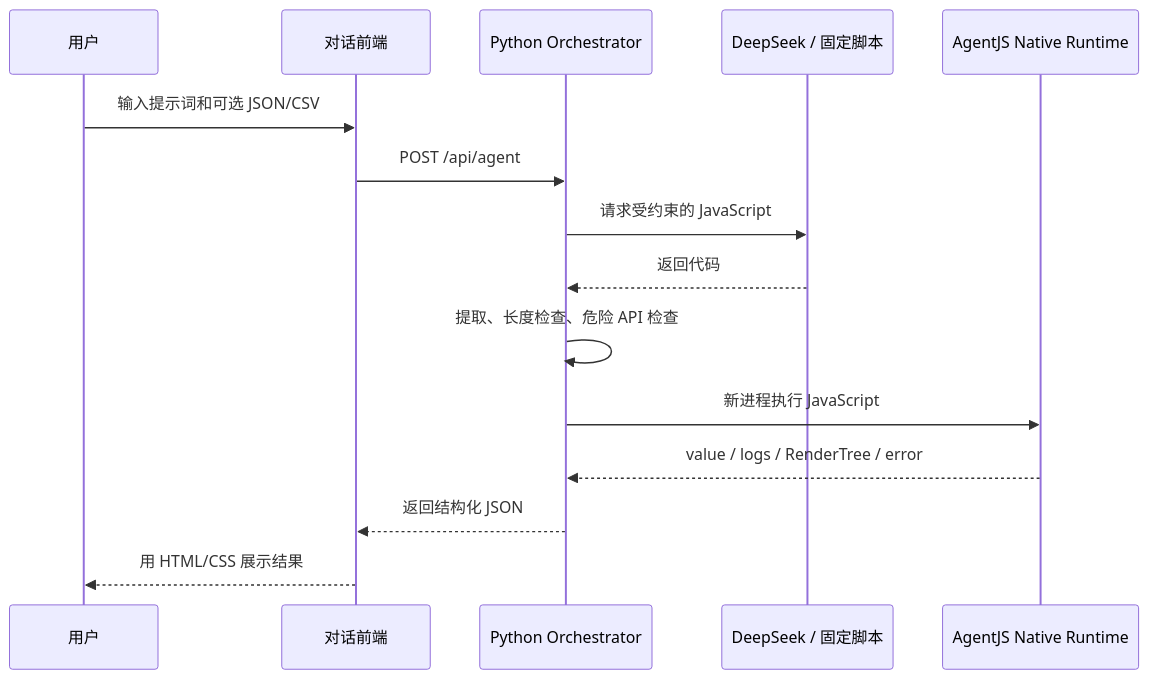
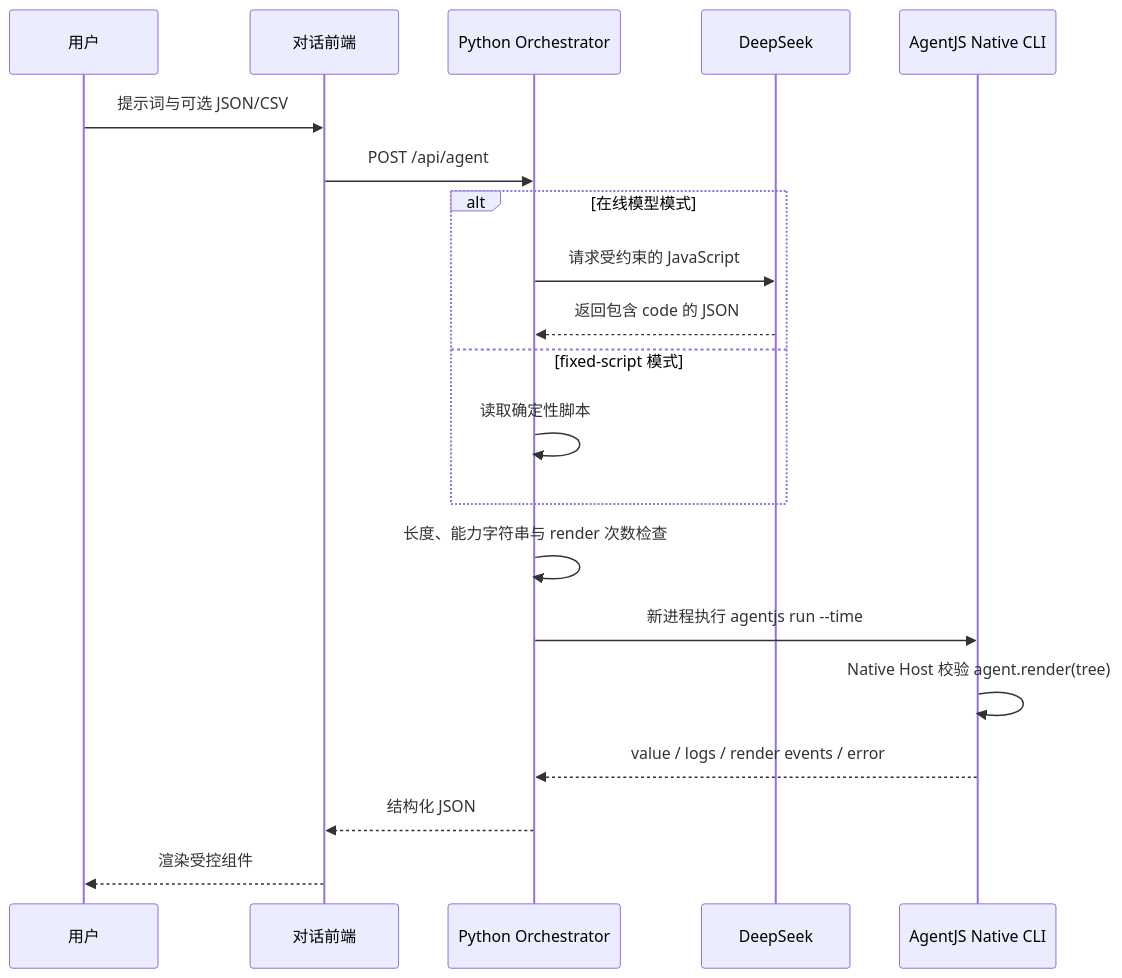
The ninth of 9 diagrams in docs/agentjs-experiment-report.md (ChaiXinran/CSCC-proj2), drawn with Mermaid before and after one commit. The commit also changed other lines of this file and 8 other files, not shown here.

````diff
--- a/docs/agentjs-experiment-report.md
+++ b/docs/agentjs-experiment-report.md
@@ -242,18 +538,23 @@
 ```mermaid
 sequenceDiagram
     participant U as 用户
     participant F as 对话前端
     participant O as Python Orchestrator
-    participant M as DeepSeek / 固定脚本
-    participant J as AgentJS Native Runtime
+    participant M as DeepSeek
+    participant J as AgentJS Native CLI
 
-    U->>F: 输入提示词和可选 JSON/CSV
+    U->>F: 提示词与可选 JSON/CSV
     F->>O: POST /api/agent
-    O->>M: 请求受约束的 JavaScript
-    M-->>O: 返回代码
-    O->>O: 提取、长度检查、危险 API 检查
-    O->>J: 新进程执行 JavaScript
-    J-->>O: value / logs / RenderTree / error
-    O-->>F: 返回结构化 JSON
-    F-->>U: 用 HTML/CSS 展示结果
+    alt 在线模型模式
+        O->>M: 请求受约束的 JavaScript
+        M-->>O: 返回包含 code 的 JSON
+    else fixed-script 模式
+        O->>O: 读取确定性脚本
+    end
+    O->>O: 长度、能力字符串与 render 次数检查
+    O->>J: 新进程执行 agentjs run --time
+    J->>J: Native Host 校验 agent.render(tree)
+    J-->>O: value / logs / render events / error
+    O-->>F: 结构化 JSON
+    F-->>U: 渲染受控组件
 ```
````
